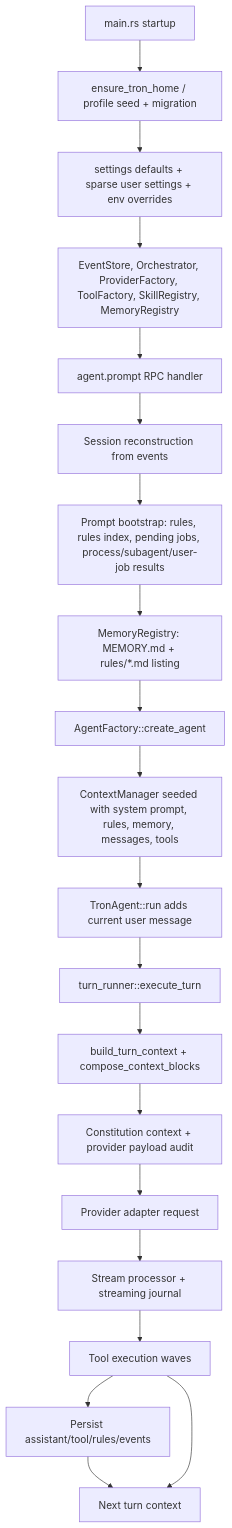
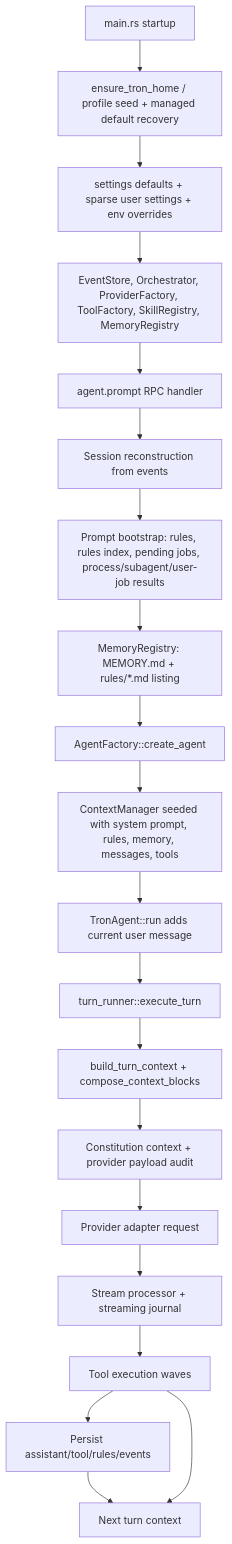
One commit to mhismail3/tron changed the diagram in packages/agent/docs/context-architecture.md. Above: the diagram before and after it, drawn with Mermaid. The commit also changed other lines of this file and 26 other files, not shown here.

Commit message:
refactor(agent): retire profile migration layer

````diff
--- a/packages/agent/docs/context-architecture.md
+++ b/packages/agent/docs/context-architecture.md
@@ -34,22 +34,22 @@
 ```mermaid
 flowchart TD
-    Start["main.rs startup"] --> Home["ensure_tron_home / profile seed + migration"]
+    Start["main.rs startup"] --> Home["ensure_tron_home / profile seed + managed default recovery"]
     Home --> Settings["settings defaults + sparse user settings + env overrides"]
     Settings --> Services["EventStore, Orchestrator, ProviderFactory, ToolFactory, SkillRegistry, MemoryRegistry"]
     Services --> RPC["agent.prompt RPC handler"]
     RPC --> Reconstruct["Session reconstruction from events"]
     Reconstruct --> Bootstrap["Prompt bootstrap: rules, rules index, pending jobs, process/subagent/user-job results"]
     Bootstrap --> Memory["MemoryRegistry: MEMORY.md + rules/*.md listing"]
     Memory --> AgentFactory["AgentFactory::create_agent"]
     AgentFactory --> ContextManager["ContextManager seeded with system prompt, rules, memory, messages, tools"]
     ContextManager --> UserMessage["TronAgent::run adds current user message"]
     UserMessage --> Turn["turn_runner::execute_turn"]
     Turn --> Compose["build_turn_context + compose_context_blocks"]
     Compose --> Audit["Constitution context + provider payload audit"]
     Audit --> Provider["Provider adapter request"]
     Provider --> Stream["Stream processor + streaming journal"]
     Stream --> Tools["Tool execution waves"]
     Tools --> Events["Persist assistant/tool/rules/events"]
     Events --> Next["Next turn context"]
     Tools --> Next
 ```
````
